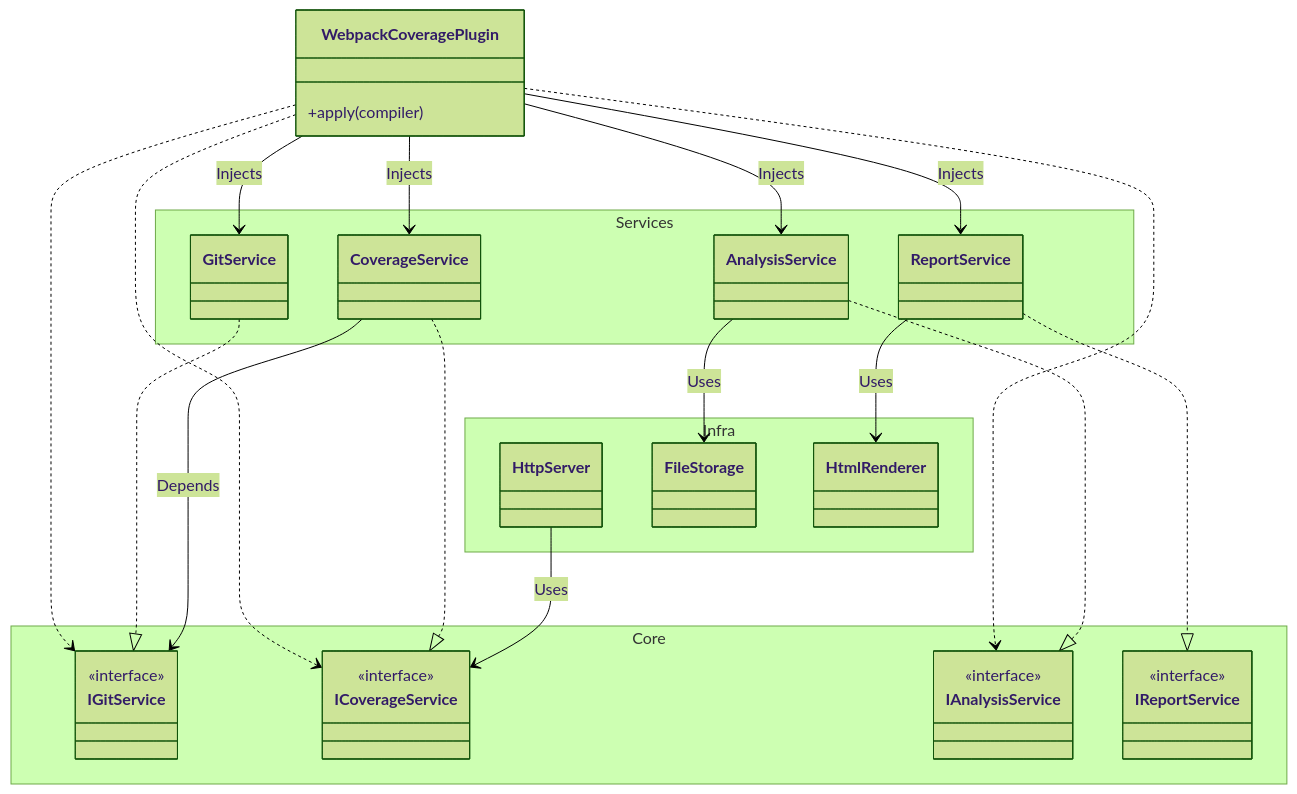
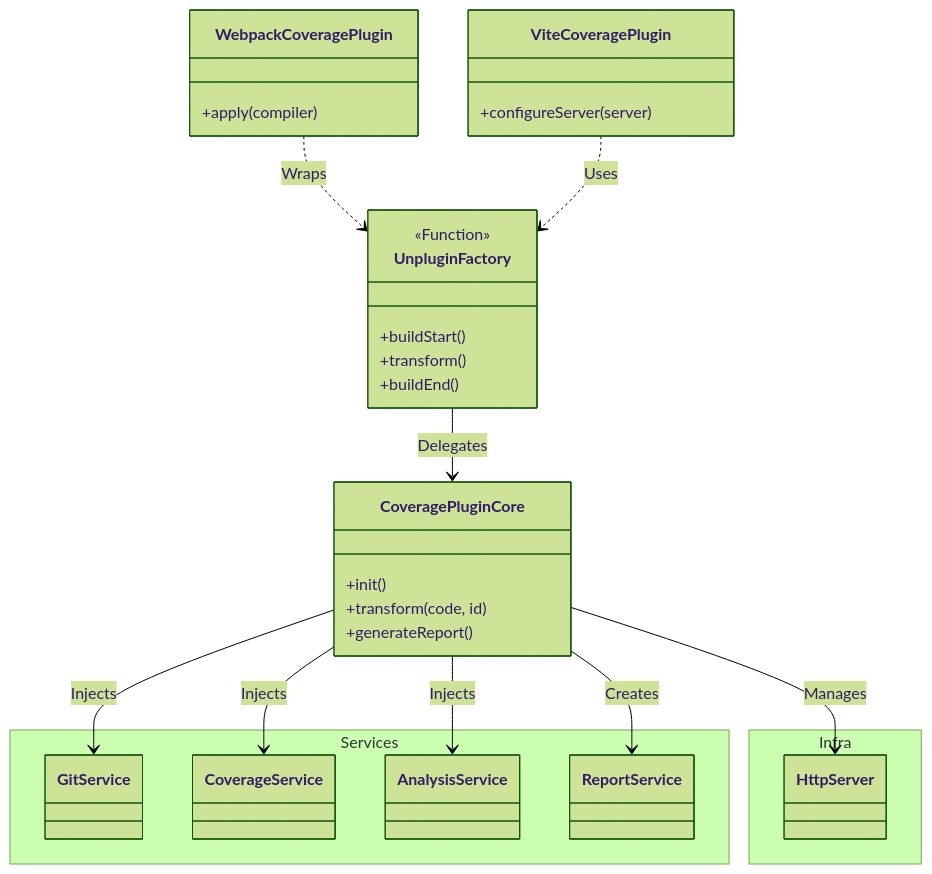
The first of 3 diagrams in packages/webpack-coverage-plugin/TECHNICAL_DOC.md (chuanjing729-glitch/fe-workspace), drawn with Mermaid (forest theme) before and after one commit. The commit also changed other lines of this file and 54 other files, not shown here.

First line of the commit message:
feat(coverage): migrate to unplugin architecture with rspack support

````diff
--- a/packages/webpack-coverage-plugin/TECHNICAL_DOC.md
+++ b/packages/webpack-coverage-plugin/TECHNICAL_DOC.md
@@ -14,45 +19,43 @@
 ```mermaid
 classDiagram
     class WebpackCoveragePlugin {
         +apply(compiler)
     }
+    class ViteCoveragePlugin {
+        +configureServer(server)
+    }
+    
+    class UnpluginFactory {
+        <<Function>>
+        +buildStart()
+        +transform()
+        +buildEnd()
+    }
 
-    namespace Core {
-        class IGitService { <<interface>> }
-        class ICoverageService { <<interface>> }
-        class IAnalysisService { <<interface>> }
-        class IReportService { <<interface>> }
+    class CoveragePluginCore {
+        +init()
+        +transform(code, id)
+        +generateReport()
     }
 
     namespace Services {
         class GitService
         class CoverageService
         class AnalysisService
         class ReportService
     }
 
     namespace Infra {
         class HttpServer
-        class FileStorage
-        class HtmlRenderer
     }
 
-    WebpackCoveragePlugin ..> IGitService
-    WebpackCoveragePlugin ..> ICoverageService
-    WebpackCoveragePlugin ..> IAnalysisService
-
-    GitService ..|> IGitService
-    CoverageService ..|> ICoverageService
-    AnalysisService ..|> IAnalysisService
-    ReportService ..|> IReportService
-
-    WebpackCoveragePlugin --> GitService : Injects
-    WebpackCoveragePlugin --> CoverageService : Injects
-    WebpackCoveragePlugin --> AnalysisService : Injects
-    WebpackCoveragePlugin --> ReportService : Injects
-
-    CoverageService --> IGitService : Depends
-    AnalysisService --> FileStorage : Uses
-    ReportService --> HtmlRenderer : Uses
-    HttpServer --> ICoverageService : Uses
+    WebpackCoveragePlugin ..> UnpluginFactory : Wraps
+    ViteCoveragePlugin ..> UnpluginFactory : Uses
+    UnpluginFactory --> CoveragePluginCore : Delegates
+    
+    CoveragePluginCore --> GitService : Injects
+    CoveragePluginCore --> CoverageService : Injects
+    CoveragePluginCore --> AnalysisService : Injects
+    CoveragePluginCore --> ReportService : Creates
+    CoveragePluginCore --> HttpServer : Manages
 ```
````
